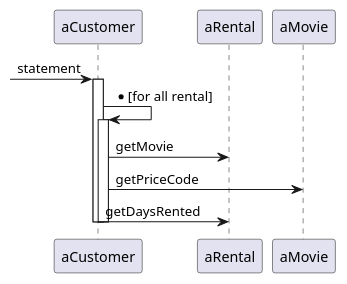
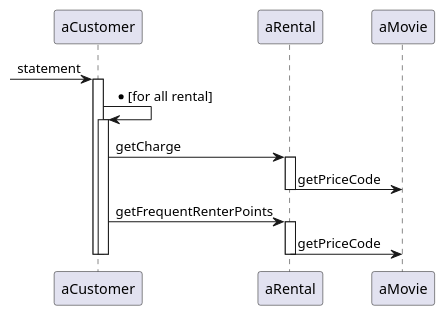
The third of 3 diagrams in docs/src/refacotring.md (k2works/etude_for_java), drawn with PlantUML before and after one commit. The commit also changed other lines of this file and 6 other files, not shown here.

````diff
--- a/docs/src/refacotring.md
+++ b/docs/src/refacotring.md
@@ -59,13 +61,18 @@
 ```puml
 @startuml
 -> aCustomer: statement
    activate aCustomer
        aCustomer -> aCustomer :*[for all rental]
        activate aCustomer
-           aCustomer -> aRental :getMovie
-           aCustomer -> aMovie :getPriceCode
-           aCustomer -> aRental :getDaysRented
+           aCustomer -> aRental :getCharge
+           activate aRental
+               aRental -> aMovie :getPriceCode   
+           deactivate aRental           
+           aCustomer -> aRental :getFrequentRenterPoints
+           activate aRental
+               aRental -> aMovie :getPriceCode   
+           deactivate aRental                      
        deactivate aCustomer
    deactivate aCustomer
 @enduml
 ```
````
